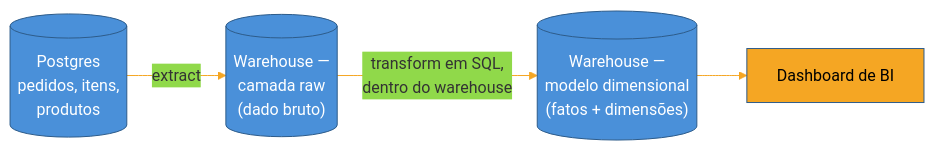
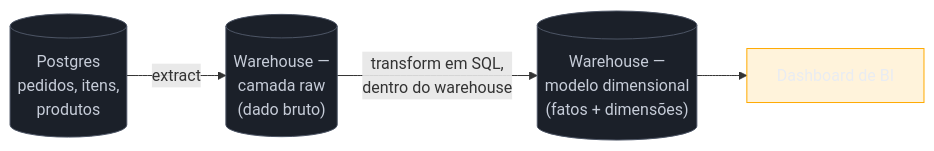
One commit to josenaldo/codex-technomanticus changed the second of 2 diagrams in 03-Dominios/Engenharia/Dados/3 - Pipelines - movimentação e transformação/01 - ETL vs ELT.md. Above: the diagram before and after it, drawn with Mermaid. The commit also changed other lines of this file and 1181 other files, not shown here.

First line of the commit message:
fix(diagramas): paleta do sistema no lugar de cor cravada no markdown

````diff
--- a/03-Dominios/Engenharia/Dados/3 - Pipelines - movimentação e transformação/01 - ETL vs ELT.md
+++ b/03-Dominios/Engenharia/Dados/3 - Pipelines - movimentação e transformação/01 - ETL vs ELT.md
@@ -96,12 +97,13 @@
 ```mermaid
-%%{init: {"theme": "base", "themeVariables": {"primaryColor": "#4A90D9", "primaryBorderColor": "#2E5C8A", "lineColor": "#F5A623"}}}%%
 graph LR
+    classDef neutro fill:#1B2029,stroke:#4E5666,color:#C6CCD8
+    classDef destaque fill:#FFAA0024,stroke:#FFAA00,color:#E9ECF2
     PG[("Postgres<br/>pedidos, itens,<br/>produtos")] -->|"extract"| RAW[("Warehouse —<br/>camada raw<br/>(dado bruto)")]
     RAW -->|"transform em SQL,<br/>dentro do warehouse"| STAR[("Warehouse —<br/>modelo dimensional<br/>(fatos + dimensões)")]
     STAR --> BI["Dashboard de BI"]
 
-    style PG fill:#4A90D9,color:#fff
-    style RAW fill:#4A90D9,color:#fff
-    style STAR fill:#4A90D9,color:#fff
-    style BI fill:#F5A623,color:#000
+    class PG neutro
+    class RAW neutro
+    class STAR neutro
+    class BI destaque
 ```
````
